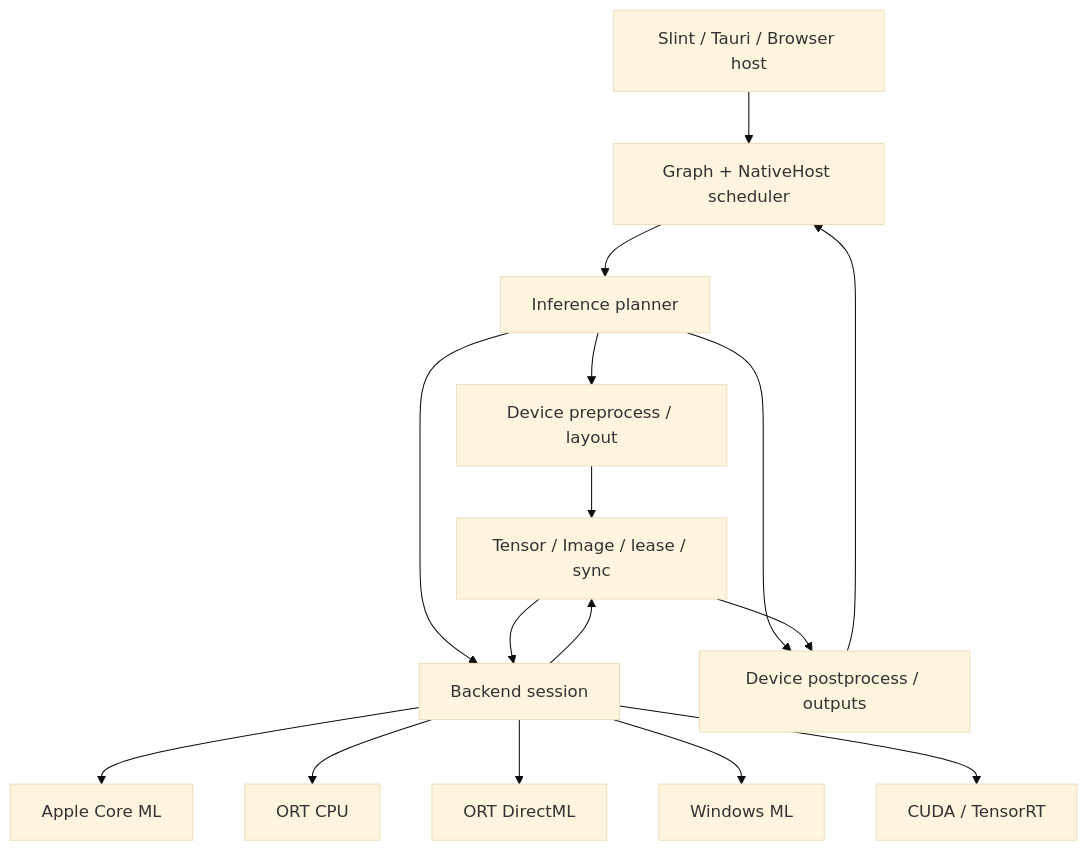
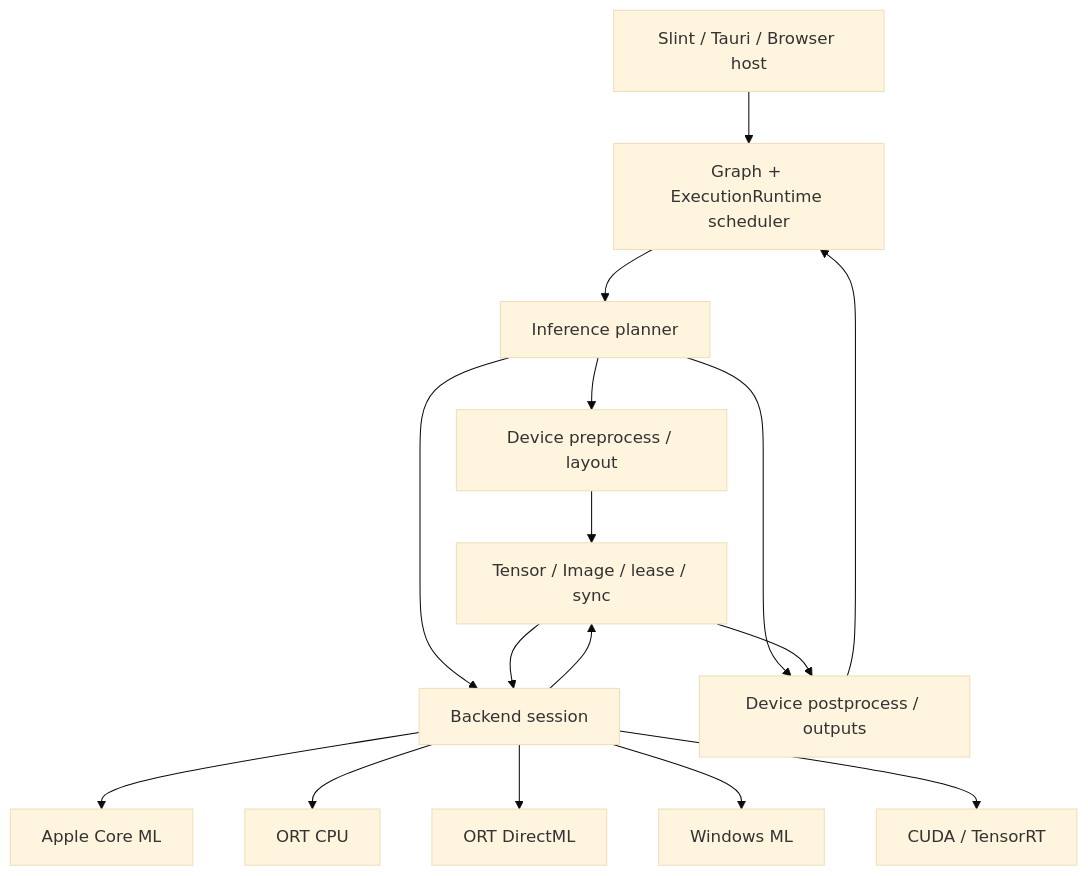
Before and after one commit to sanitor/open_quartz: the diagram in docs/INFERENCE_ARCHITECTURE.md, drawn with Mermaid (base theme). The commit also changed other lines of this file and 62 other files, not shown here.

First line of the commit message:
refactor(execution): consolidate native runtime and fix playback sizing

````diff
--- a/docs/INFERENCE_ARCHITECTURE.md
+++ b/docs/INFERENCE_ARCHITECTURE.md
@@ -36,18 +36,18 @@
 ```mermaid
 flowchart TD
-    APP[Slint / Tauri / Browser host] --> GRAPH[Graph + NativeHost scheduler]
+    APP[Slint / Tauri / Browser host] --> GRAPH[Graph + ExecutionRuntime scheduler]
     GRAPH --> POLICY[Inference planner]
     POLICY --> PRE[Device preprocess / layout]
     POLICY --> BACKEND[Backend session]
     POLICY --> POST[Device postprocess / outputs]
     PRE --> RES[Tensor / Image / lease / sync]
     RES --> BACKEND
     BACKEND --> RES
     RES --> POST
     POST --> GRAPH
     BACKEND --> COREML[Apple Core ML]
     BACKEND --> ORTCPU[ORT CPU]
     BACKEND --> ORTDML[ORT DirectML]
     BACKEND --> WINML[Windows ML]
     BACKEND --> CUDA[CUDA / TensorRT]
 ```
````
